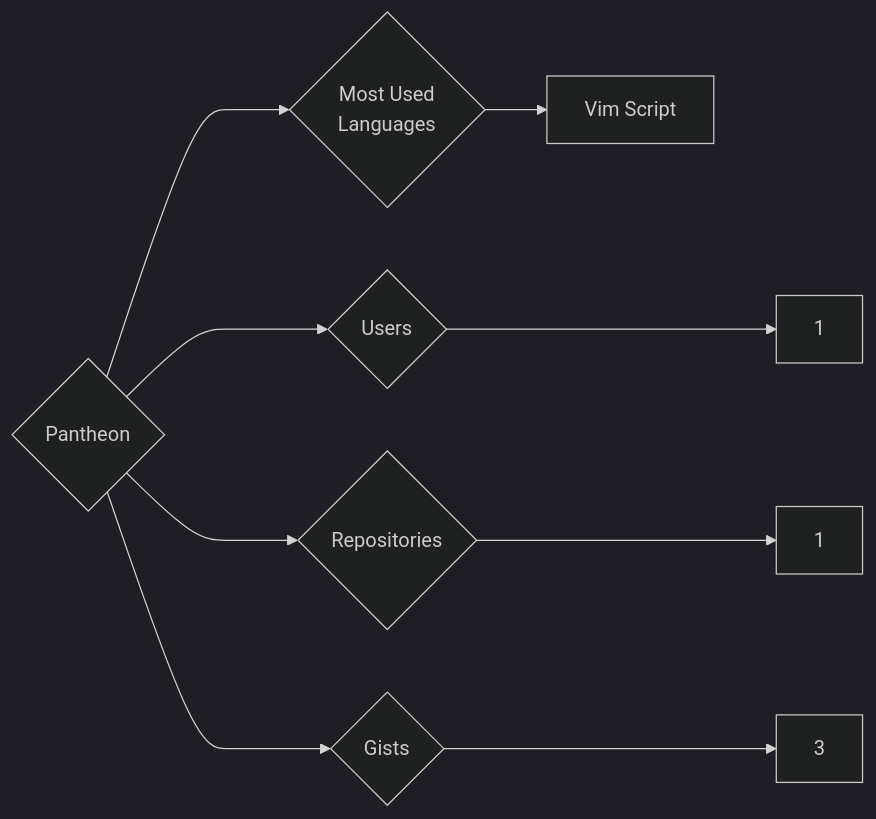
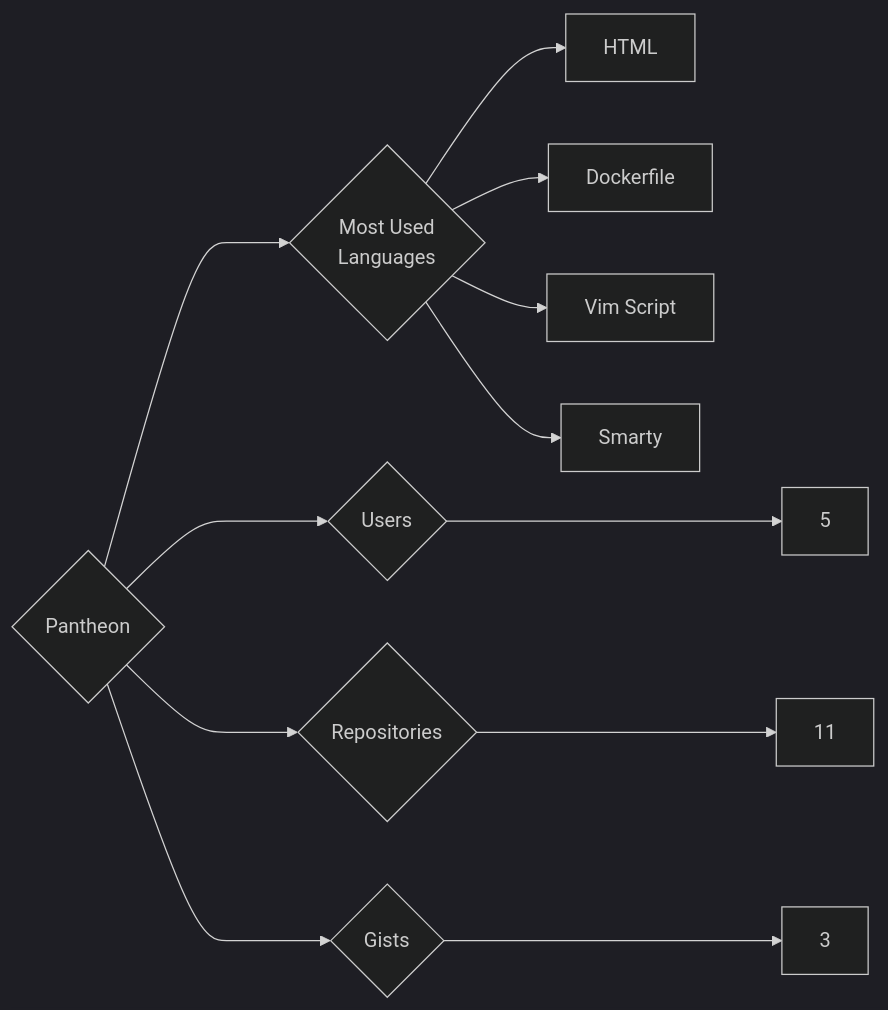
The diagram in targets/Pantheon/README.md (trickest/insiders), drawn with Mermaid (dark theme) before and after one commit. The commit also changed 835 other files, not shown here.

````diff
--- a/targets/Pantheon/README.md
+++ b/targets/Pantheon/README.md
@@ -3,9 +3,12 @@
 ```mermaid
 graph LR
 COMPANY_NAME{Pantheon}
-COMPANY_NAME ---> U{Users} ---> UN[1]
-COMPANY_NAME ---> R{Repositories} ---> RN[1]
+COMPANY_NAME ---> U{Users} ---> UN[5]
+COMPANY_NAME ---> R{Repositories} ---> RN[11]
 COMPANY_NAME ---> G{Gists} ---> GN[3]
 COMPANY_NAME ---> ML{Most Used<br>Languages}
+ML --> HTML[HTML]
+ML --> Dockerfile[Dockerfile]
 ML --> Vim_Script[Vim Script]
+ML --> Smarty[Smarty]
 ```
````
